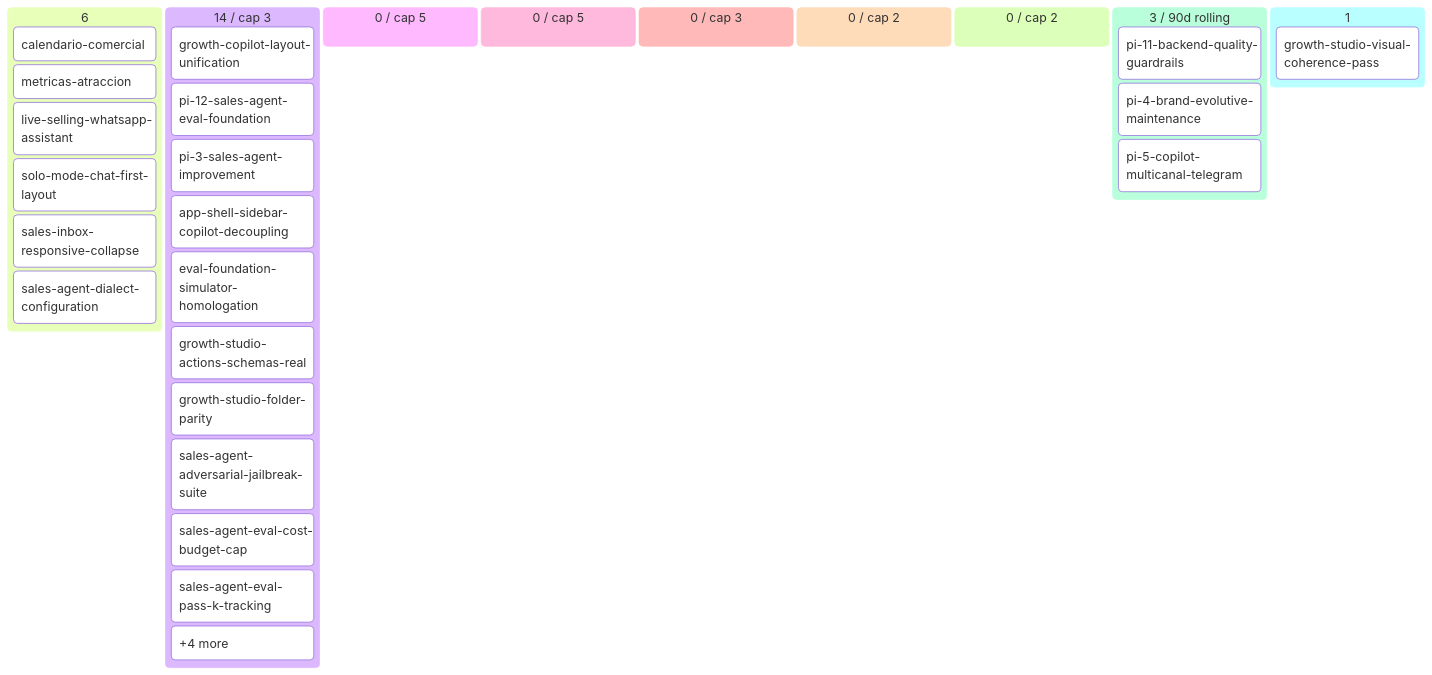
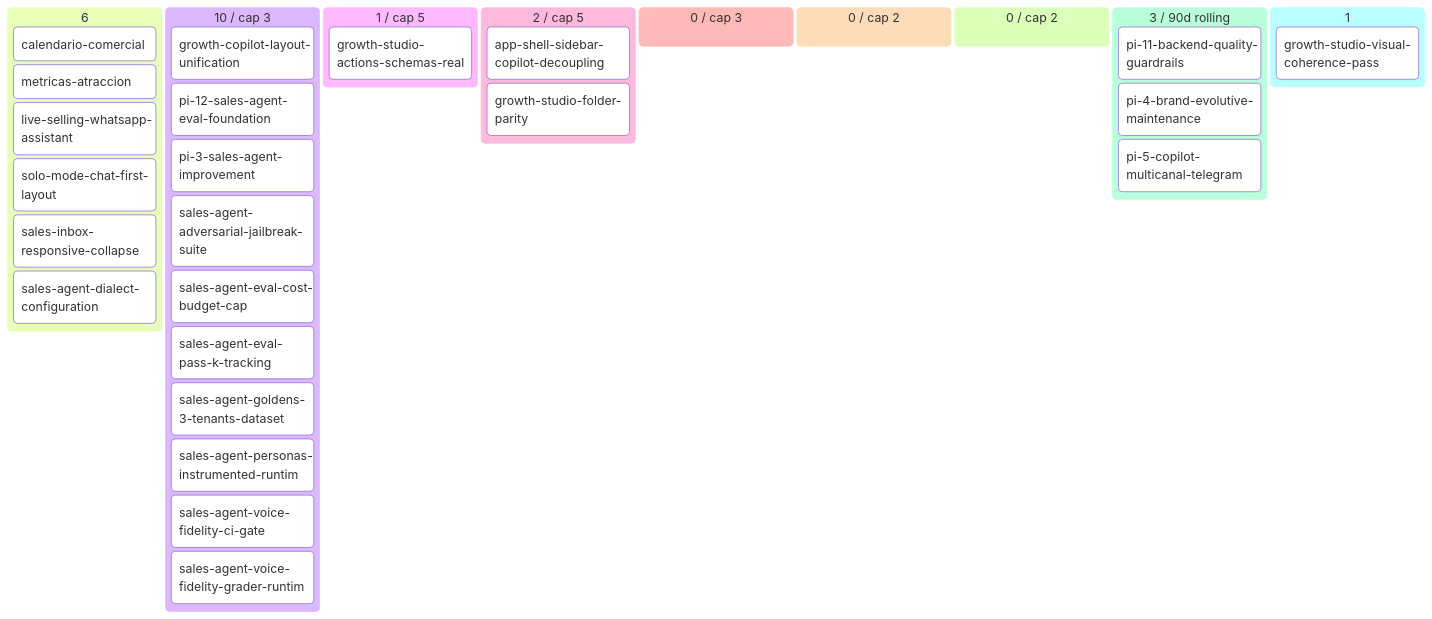
One commit to alpacapurpura/ap_sales_agent changed the diagram in docs/product/BACKLOG.md. Above: the diagram before and after it, drawn with Mermaid. The commit also changed other lines of this file and 9 other files, not shown here.

First line of the commit message:
chore(pm): close ready package eval-foundation-simulator-homologation

````diff
--- a/docs/product/BACKLOG.md
+++ b/docs/product/BACKLOG.md
@@ -62,33 +59,35 @@
 ```mermaid
 kanban
   💡 Ideas (6)
     calendario-comercial[calendario-comercial]
     metricas-atraccion[metricas-atraccion]
     live-selling-whatsapp-assistan[live-selling-whatsapp-assistant]
     solo-mode-chat-first-layout[solo-mode-chat-first-layout]
     sales-inbox-responsive-collaps[sales-inbox-responsive-collapse]
     sales-agent-dialect-configurat[sales-agent-dialect-configuration]
-  🔬 Refining (14 / cap 3)
+  🔬 Refining (10 / cap 3)
     growth-copilot-layout-unificat[growth-copilot-layout-unification]
     pi-12-sales-agent-eval-foundat[pi-12-sales-agent-eval-foundation]
     pi-3-sales-agent-improvement[pi-3-sales-agent-improvement]
-    app-shell-sidebar-copilot-deco[app-shell-sidebar-copilot-decoupling]
-    eval-foundation-simulator-homo[eval-foundation-simulator-homologation]
-    growth-studio-actions-schemas-[growth-studio-actions-schemas-real]
-    growth-studio-folder-parity[growth-studio-folder-parity]
     sales-agent-adversarial-jailbr[sales-agent-adversarial-jailbreak-suite]
     sales-agent-eval-cost-budget-c[sales-agent-eval-cost-budget-cap]
     sales-agent-eval-pass-k-tracki[sales-agent-eval-pass-k-tracking]
-    overflow-🔬 Refining[+4 more]
-  ✅ Refined (0 / cap 5)
-  📦 Ready (0 / cap 5)
+    sales-agent-goldens-3-tenants-[sales-agent-goldens-3-tenants-dataset]
+    sales-agent-personas-instrumen[sales-agent-personas-instrumented-runtim]
+    sales-agent-voice-fidelity-ci-[sales-agent-voice-fidelity-ci-gate]
+    sales-agent-voice-fidelity-gra[sales-agent-voice-fidelity-grader-runtim]
+  ✅ Refined (1 / cap 5)
+    growth-studio-actions-schemas-[growth-studio-actions-schemas-real]
+  📦 Ready (2 / cap 5)
+    app-shell-sidebar-copilot-deco[app-shell-sidebar-copilot-decoupling]
+    growth-studio-folder-parity[growth-studio-folder-parity]
   🔨 Developing (0 / cap 3)
   🧪 Developed (0 / cap 2)
   🔍 Reviewing (0 / cap 2)
   ✅ Done (3 / 90d rolling)
     pi-11-backend-quality-guardrai[pi-11-backend-quality-guardrails]
     pi-4-brand-evolutive-maintenan[pi-4-brand-evolutive-maintenance]
     pi-5-copilot-multicanal-telegr[pi-5-copilot-multicanal-telegram]
   🅿 Parked (1)
     growth-studio-visual-coherence[growth-studio-visual-coherence-pass]
 ```
````
